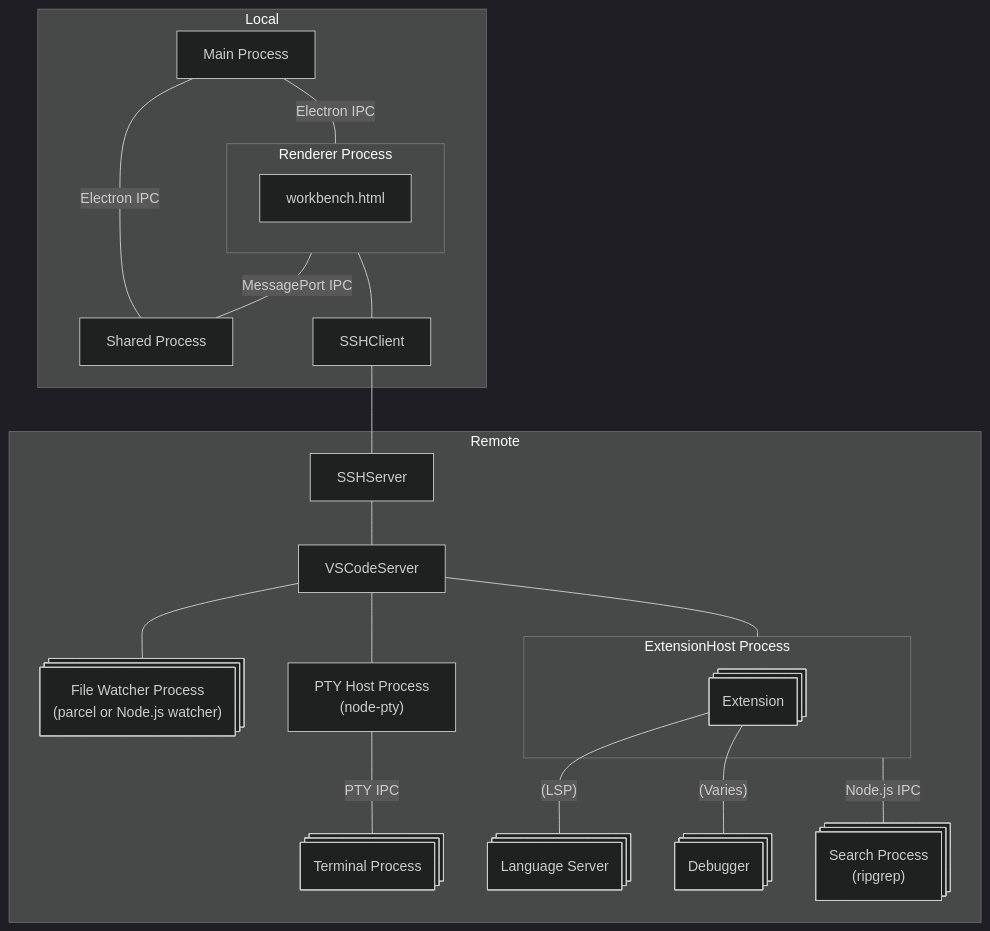
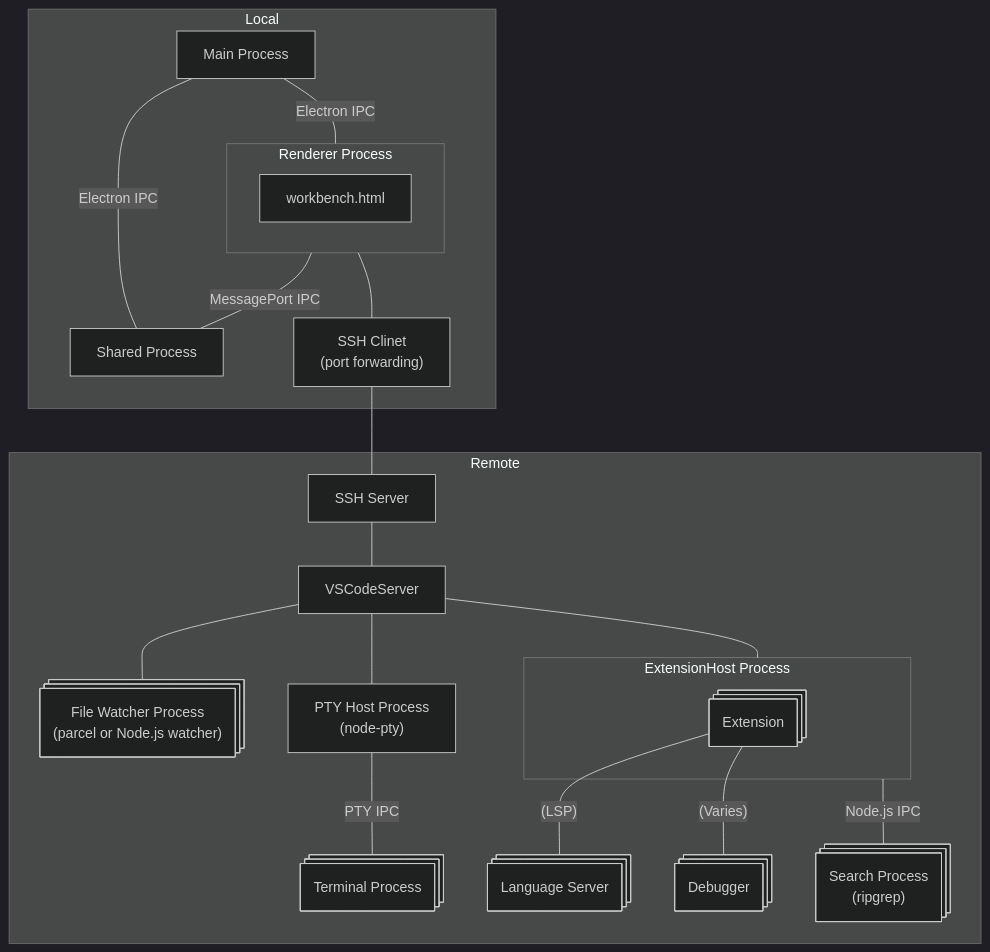
The diagram in dev/memo/arch_of_vscode_remote.md (tamuratak/latex-toybox), drawn with Mermaid (dark theme) before and after one commit. The commit also changed other lines of this file, not shown here.

Commit message:
fixup! fixup! fixup! fixup! fixup! fixup! fixup! fixup! fixup! fixup! fixup! fixup! feat: Add flowchart diagram for VS Code architecture in arch_of_vscode.md [skip ci]

````diff
--- a/dev/memo/arch_of_vscode_remote.md
+++ b/dev/memo/arch_of_vscode_remote.md
@@ -4,37 +4,37 @@
 ```mermaid
 flowchart TB
     subgraph Local
         MainProcess[Main Process]
         subgraph RendererProcess [Renderer Process]
             workbench.html
         end
         SharedProcess[Shared Process]
-        SSHClient
+        SSHClient@{ label: "SSH Clinet<br/>(port forwarding)" }
     end
     subgraph Remote
-        SSHServer
+        SSHServer@{ label: "SSH Server" }
         VSCodeServer
         subgraph ExtensionHostProcess  [ExtensionHost Process]
             Extension@{ shape: procs }
         end
         SearchProcess@{ shape: procs, label: "Search Process<br/>(ripgrep)" }
         PTYHostProcess@{ label: "PTY Host Process<br/>(node-pty)" }
         TerminalProcess@{ shape: procs, label: "Terminal Process" }
         FileWatcherProcess@{ shape: procs, label: "File Watcher Process<br/>(parcel or Node.js watcher)" }
         LanguageServer@{ shape: procs, label: "Language Server" }
         Debugger@{ shape: procs }
     end
     MainProcess -- Electron IPC --- RendererProcess
     MainProcess -- Electron IPC --- SharedProcess
     RendererProcess -- MessagePort IPC --- SharedProcess
     RendererProcess --- SSHClient
     SSHClient --- SSHServer
     SSHServer --- VSCodeServer
     VSCodeServer --- ExtensionHostProcess
     VSCodeServer --- FileWatcherProcess
     VSCodeServer --- PTYHostProcess
     PTYHostProcess -- PTY IPC --- TerminalProcess
     ExtensionHostProcess -- Node.js IPC --- SearchProcess
     Extension -- (LSP) --- LanguageServer
     Extension -- (Varies) --- Debugger
 ```
````
